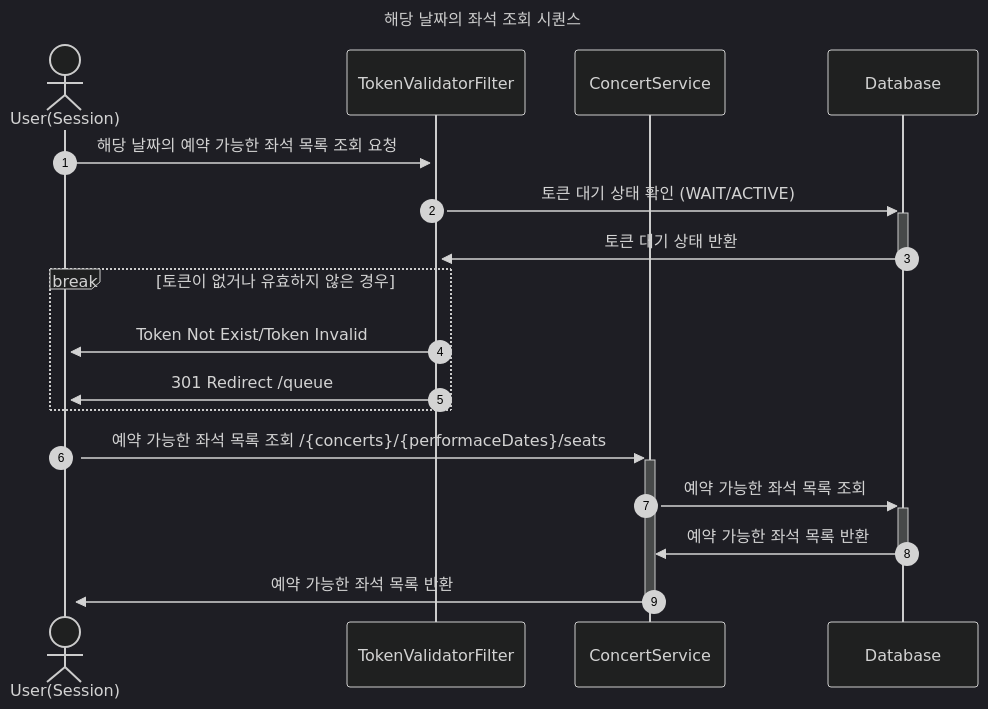
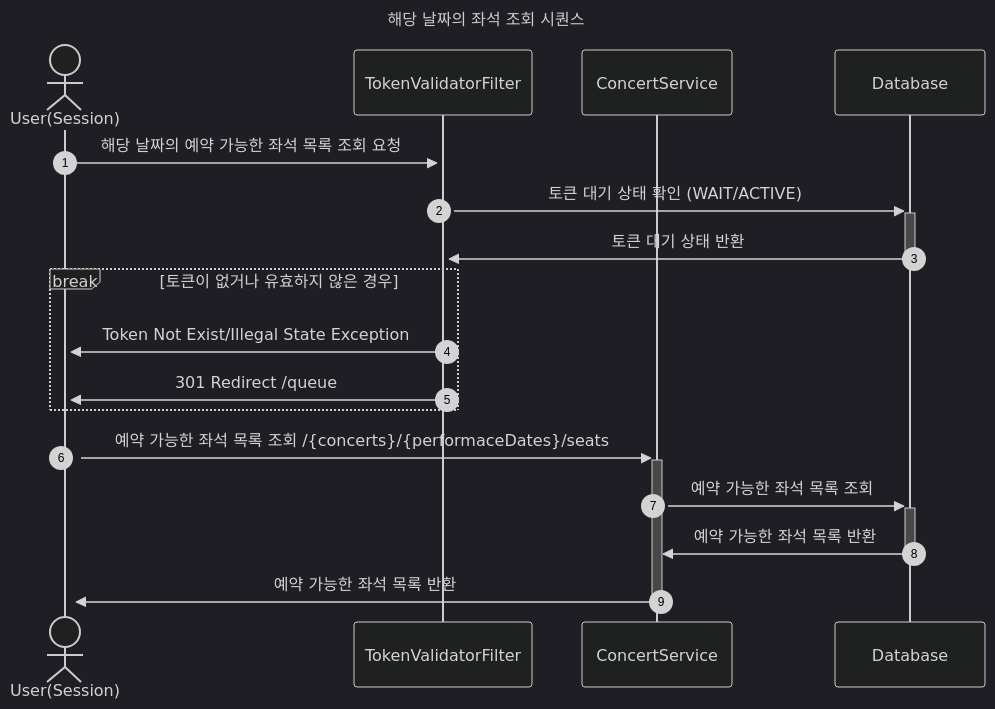
The second of 2 diagrams in docs/sequence/2.예약-가능-날짜-좌석.md (hpp-backend-15/java-concert-joonhyeokyang), drawn with Mermaid (dark theme) before and after one commit. The commit also changed other lines of this file and 2 other files, not shown here.

Commit message:
docs: Token status에 맞는 예외 반환

````diff
--- a/docs/sequence/2.예약-가능-날짜-좌석.md
+++ b/docs/sequence/2.예약-가능-날짜-좌석.md
@@ -32,22 +32,22 @@
 ```mermaid
 sequenceDiagram
     autonumber
     title 해당 날짜의 좌석 조회 시퀀스
     actor u as User(Session)
     participant tvf as TokenValidatorFilter
     participant cs as ConcertService
     participant db as Database
     
     u->>+tvf: 해당 날짜의 예약 가능한 좌석 목록 조회 요청
     tvf ->>+ db: 토큰 대기 상태 확인 (WAIT/ACTIVE)
     db ->>- tvf: 토큰 대기 상태 반환
     break 토큰이 없거나 유효하지 않은 경우
-        tvf->>+u: Token Not Exist/Token Invalid
+        tvf->>+u: Token Not Exist/Illegal State Exception
         tvf->>+u: 301 Redirect /queue
     end
     
     u->>+cs: 예약 가능한 좌석 목록 조회 /{concerts}/{performaceDates}/seats
     cs->>+db: 예약 가능한 좌석 목록 조회
     db->>-cs: 예약 가능한 좌석 목록 반환
     cs->>-u: 예약 가능한 좌석 목록 반환
 ```
````
